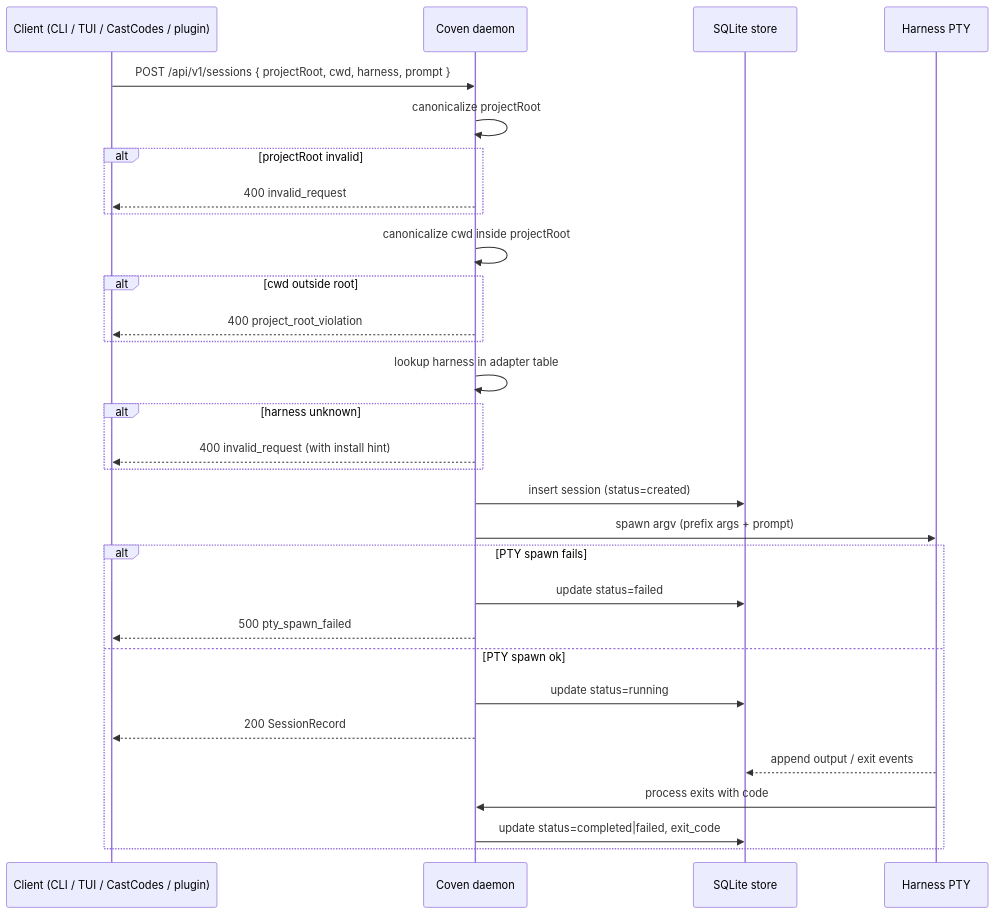
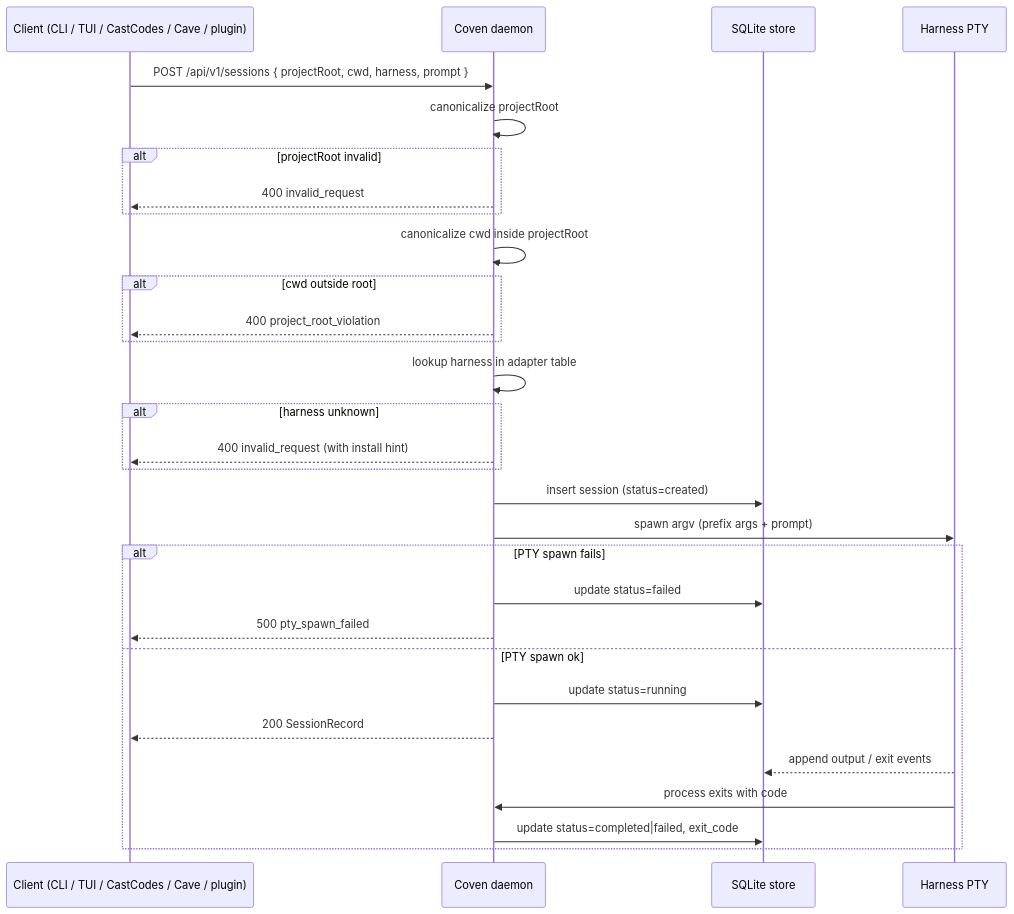
Before and after one commit to OpenCoven/coven-docs: the second of 2 diagrams in content/docs/familiars/sessions.mdx, drawn with Mermaid. The commit also changed 13 other files, not shown here.

````diff
--- a/content/docs/familiars/sessions.mdx
+++ b/content/docs/familiars/sessions.mdx
@@ -91,33 +91,33 @@
 ```mermaid
 sequenceDiagram
-  participant Client as Client (CLI / TUI / CastCodes / plugin)
+  participant Client as Client (CLI / TUI / CastCodes / Cave / plugin)
   participant Daemon as Coven daemon
   participant Store as SQLite store
   participant PTY as Harness PTY
 
   Client->>Daemon: POST /api/v1/sessions { projectRoot, cwd, harness, prompt }
   Daemon->>Daemon: canonicalize projectRoot
   alt projectRoot invalid
     Daemon-->>Client: 400 invalid_request
   end
   Daemon->>Daemon: canonicalize cwd inside projectRoot
   alt cwd outside root
     Daemon-->>Client: 400 project_root_violation
   end
   Daemon->>Daemon: lookup harness in adapter table
   alt harness unknown
     Daemon-->>Client: 400 invalid_request (with install hint)
   end
   Daemon->>Store: insert session (status=created)
   Daemon->>PTY: spawn argv (prefix args + prompt)
   alt PTY spawn fails
     Daemon->>Store: update status=failed
     Daemon-->>Client: 500 pty_spawn_failed
   else PTY spawn ok
     Daemon->>Store: update status=running
     Daemon-->>Client: 200 SessionRecord
     PTY-->>Store: append output / exit events
     PTY->>Daemon: process exits with code
     Daemon->>Store: update status=completed|failed, exit_code
   end
 ```
````
